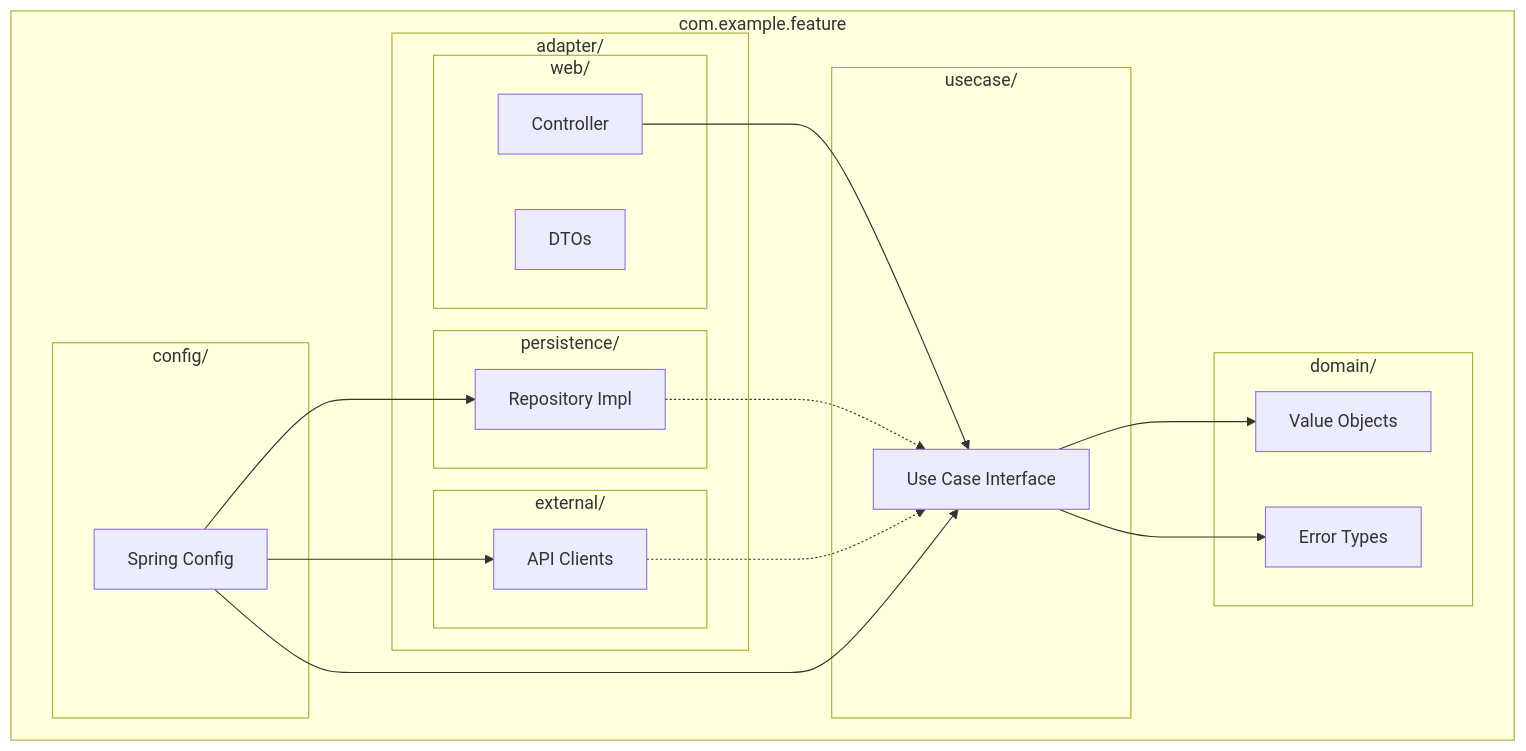
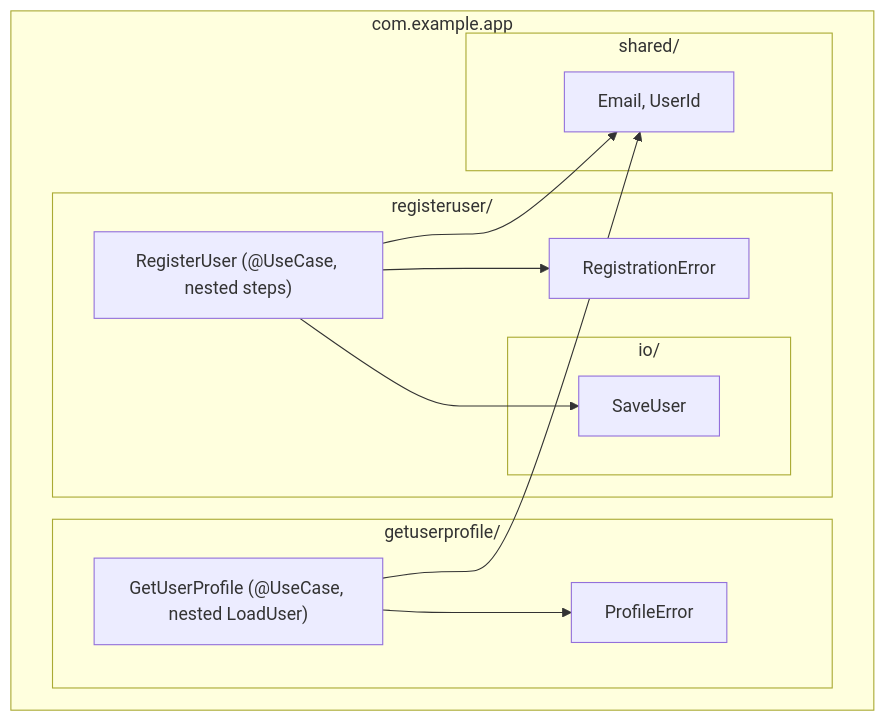
Diagram 12 of 18 in book/diagrams.md (siy/coding-technology), drawn with Mermaid before and after one commit. The commit also changed other lines of this file and 76 other files, not shown here.

Commit message:
docs(jbct): package model - telescope tree with shared/io roles, steps move unchanged, @UseCase, business names only, jbct.mode (pragmatica #2523)

````diff
--- a/book/diagrams.md
+++ b/book/diagrams.md
@@ -298,39 +301,27 @@
 ```mermaid
 flowchart TB
-    subgraph Package["com.example.feature"]
-        subgraph domain["domain/"]
-            VO[Value Objects]
-            Errors[Error Types]
-        end
-
-        subgraph usecase["usecase/"]
-            UC[Use Case Interface]
-        end
-
-        subgraph adapter["adapter/"]
-            subgraph persistence["persistence/"]
-                Repo[Repository Impl]
-            end
-            subgraph web["web/"]
-                Ctrl[Controller]
-                DTO[DTOs]
-            end
-            subgraph external["external/"]
-                Client[API Clients]
+    subgraph Package["com.example.app"]
+        subgraph registeruser["registeruser/"]
+            RU["RegisterUser (@UseCase, nested steps)"]
+            RErr[RegistrationError]
+            subgraph ruio["io/"]
+                Save[SaveUser]
             end
         end
 
-        subgraph config["config/"]
-            Config[Spring Config]
+        subgraph getuserprofile["getuserprofile/"]
+            GP["GetUserProfile (@UseCase, nested LoadUser)"]
+            PErr[ProfileError]
+        end
+
+        subgraph shared["shared/"]
+            VO["Email, UserId"]
         end
     end
 
-    UC --> VO
-    UC --> Errors
-    Ctrl --> UC
-    Repo -.-> UC
-    Client -.-> UC
-    Config --> UC
-    Config --> Repo
-    Config --> Client
+    RU --> RErr
+    RU --> Save
+    RU --> VO
+    GP --> PErr
+    GP --> VO
 ```
````
